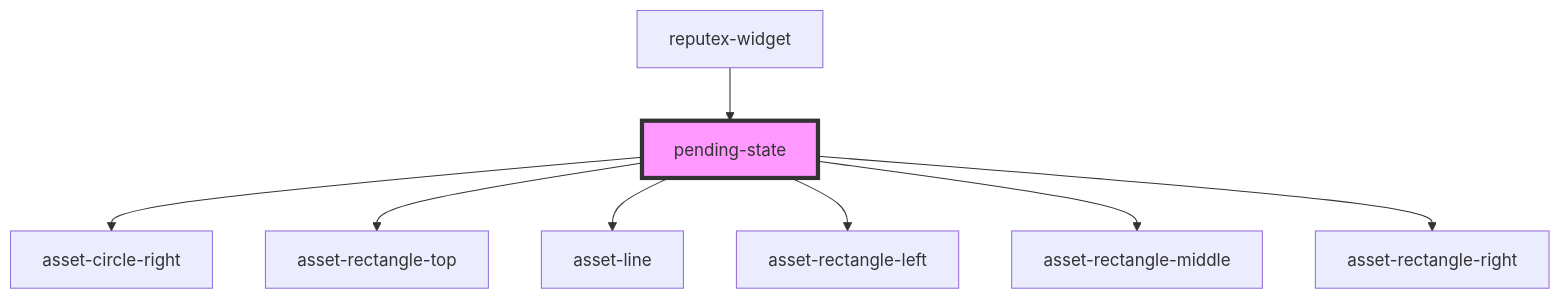
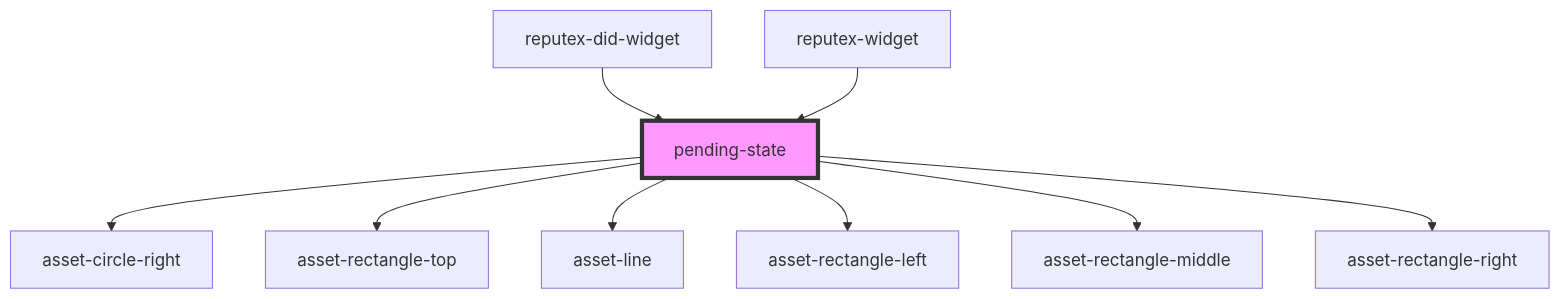
One commit to reputex/widgets changed the diagram in packages/reputex-stencil-library/src/components/pending-state/readme.md. Above: the diagram before and after it, drawn with Mermaid. The commit also changed other lines of this file and 8 other files, not shown here.

````diff
--- a/packages/reputex-stencil-library/src/components/pending-state/readme.md
+++ b/packages/reputex-stencil-library/src/components/pending-state/readme.md
@@ -32,11 +33,12 @@
 ```mermaid
 graph TD;
   pending-state --> asset-circle-right
   pending-state --> asset-rectangle-top
   pending-state --> asset-line
   pending-state --> asset-rectangle-left
   pending-state --> asset-rectangle-middle
   pending-state --> asset-rectangle-right
+  reputex-did-widget --> pending-state
   reputex-widget --> pending-state
   style pending-state fill:#f9f,stroke:#333,stroke-width:4px
 ```
````
